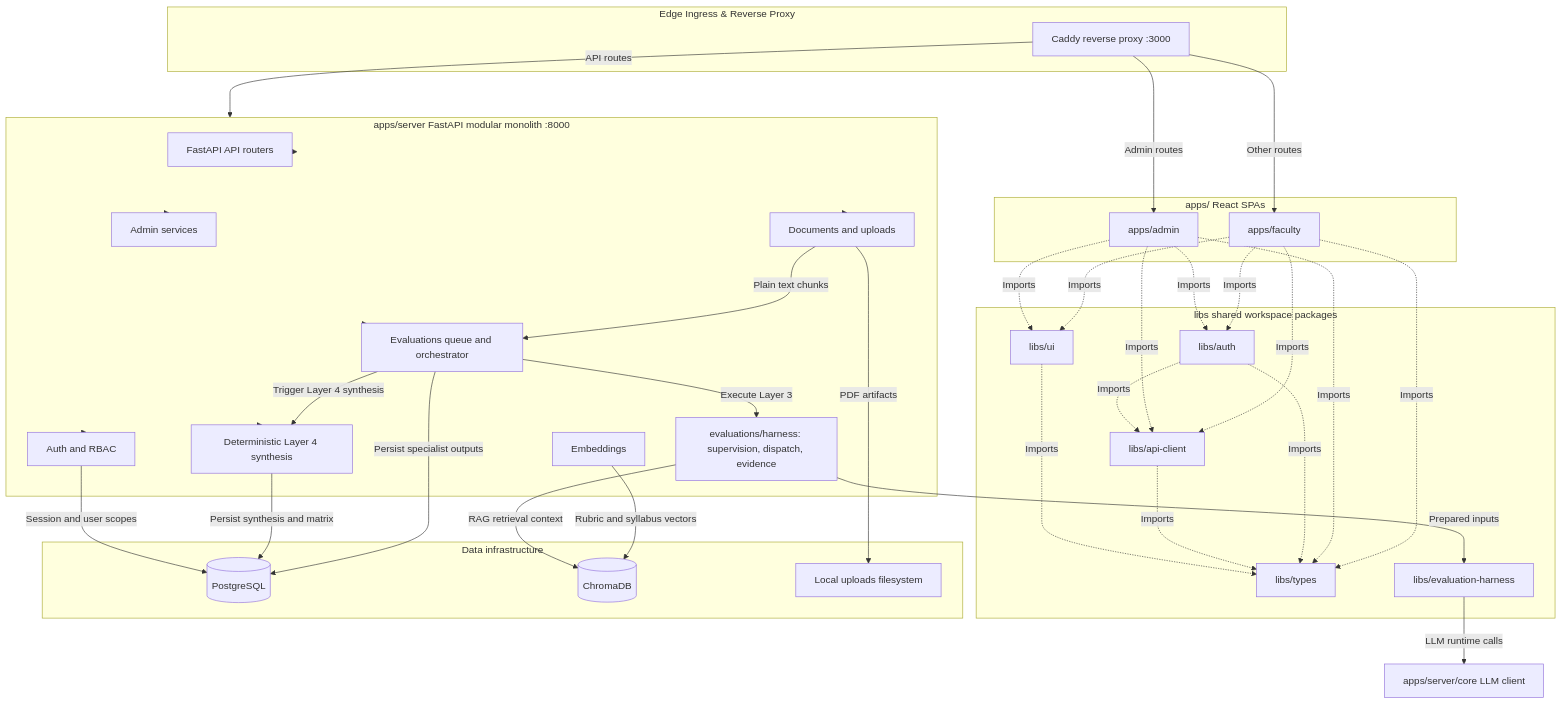
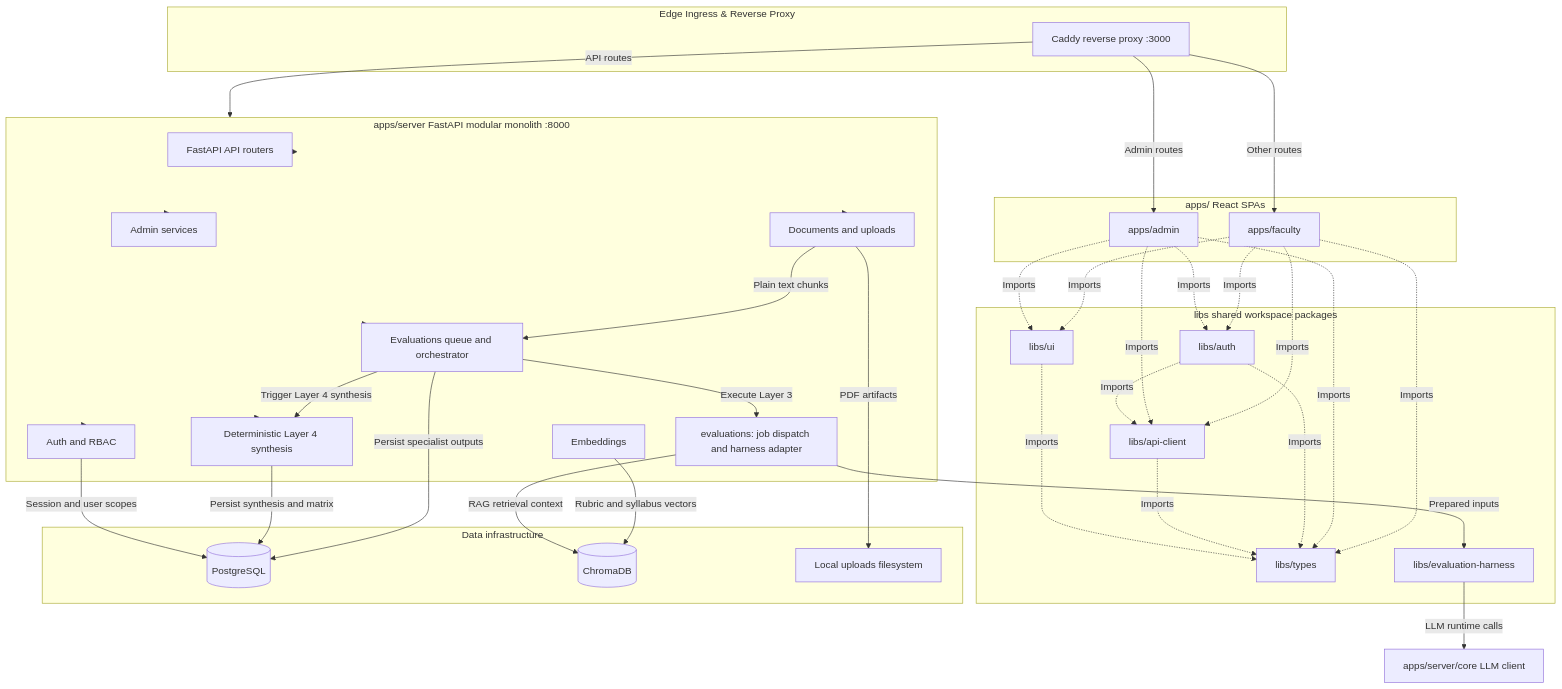
One commit to LSPU-EquipED/EquipED changed the first of 3 diagrams in ARCHITECTURE.md. Above: the diagram before and after it, drawn with Mermaid. The commit also changed other lines of this file and 174 other files, not shown here.

Commit message:
refactor(harness): modularize agent pipelines, runtime control, and verification tools

````diff
--- a/ARCHITECTURE.md
+++ b/ARCHITECTURE.md
@@ -37,71 +37,71 @@
 ```mermaid
 graph TD
     subgraph Ingress ["Edge Ingress & Reverse Proxy"]
         Caddy["Caddy reverse proxy :3000"]
     end
 
     subgraph Client_Applications ["apps/ React SPAs"]
         FacultyApp["apps/faculty"]
         AdminApp["apps/admin"]
     end
 
     subgraph Backend_Monolith ["apps/server FastAPI modular monolith :8000"]
         APIRouter["FastAPI API routers"]
         AuthModule["Auth and RBAC"]
         DocModule["Documents and uploads"]
         EmbedModule["Embeddings"]
         EvalModule["Evaluations queue and orchestrator"]
-        AgentCluster["evaluations/harness: supervision, dispatch, evidence"]
+        AgentCluster["evaluations: job dispatch and harness adapter"]
         SynthModule["Deterministic Layer 4 synthesis"]
         AdminModule["Admin services"]
     end
 
     subgraph Shared_Libraries ["libs shared workspace packages"]
         LibAuth["libs/auth"]
         LibApiClient["libs/api-client"]
         LibTypes["libs/types"]
         LibUI["libs/ui"]
         Harness["libs/evaluation-harness"]
     end
 
     subgraph Data_Storage ["Data infrastructure"]
         Postgres[("PostgreSQL")]
         Chroma[("ChromaDB")]
         LocalFS["Local uploads filesystem"]
     end
 
     Caddy -->|API routes| Backend_Monolith
     Caddy -->|Admin routes| AdminApp
     Caddy -->|Other routes| FacultyApp
 
     FacultyApp -.->|Imports| LibAuth
     FacultyApp -.->|Imports| LibApiClient
     FacultyApp -.->|Imports| LibTypes
     FacultyApp -.->|Imports| LibUI
     AdminApp -.->|Imports| LibAuth
     AdminApp -.->|Imports| LibApiClient
     AdminApp -.->|Imports| LibTypes
     AdminApp -.->|Imports| LibUI
     LibAuth -.->|Imports| LibApiClient
     LibAuth -.->|Imports| LibTypes
     LibApiClient -.->|Imports| LibTypes
     LibUI -.->|Imports| LibTypes
 
     Backend_Monolith --> APIRouter
     Backend_Monolith --> AuthModule
     Backend_Monolith --> DocModule
     Backend_Monolith --> EvalModule
     Backend_Monolith --> SynthModule
     Backend_Monolith --> AdminModule
     DocModule -->|Plain text chunks| EvalModule
     DocModule -->|PDF artifacts| LocalFS
     EmbedModule -->|Rubric and syllabus vectors| Chroma
     AgentCluster -->|RAG retrieval context| Chroma
     EvalModule -->|Execute Layer 3| AgentCluster
     EvalModule -->|Persist specialist outputs| Postgres
     EvalModule -->|Trigger Layer 4 synthesis| SynthModule
     SynthModule -->|Persist synthesis and matrix| Postgres
     AuthModule -->|Session and user scopes| Postgres
     AgentCluster -->|Prepared inputs| Harness
     Harness -->|LLM runtime calls| CoreLLM["apps/server/core LLM client"]
 ```
````
